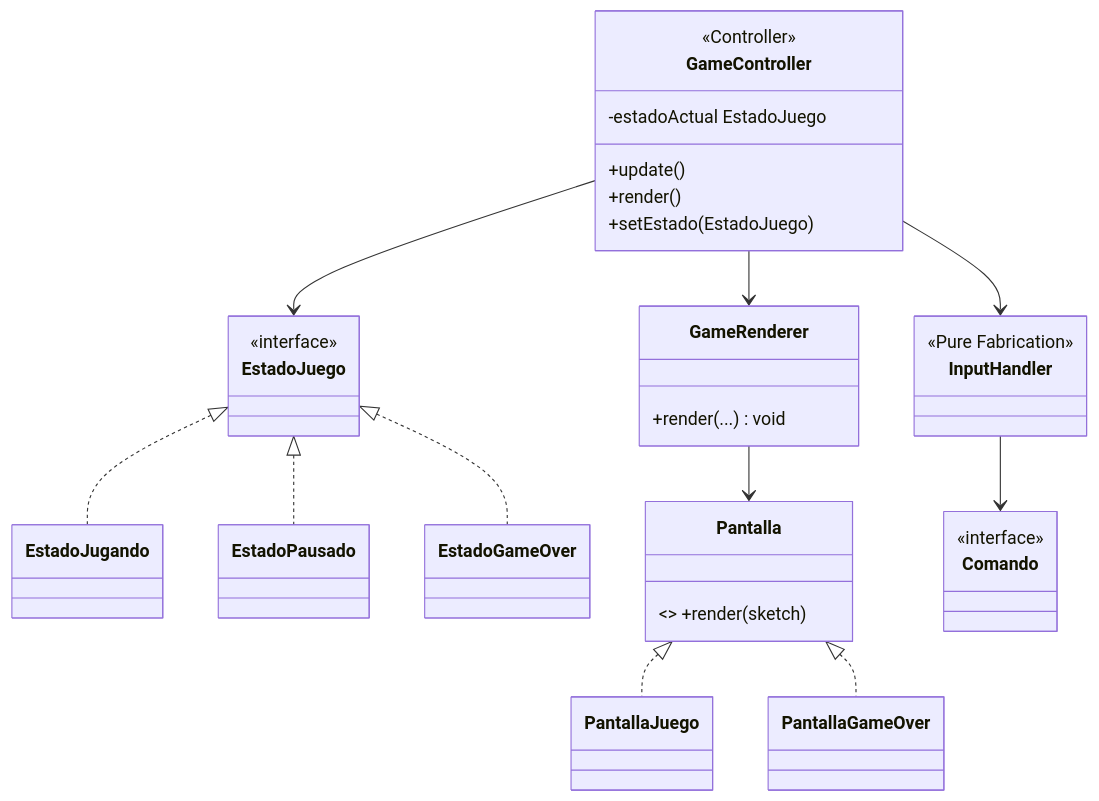
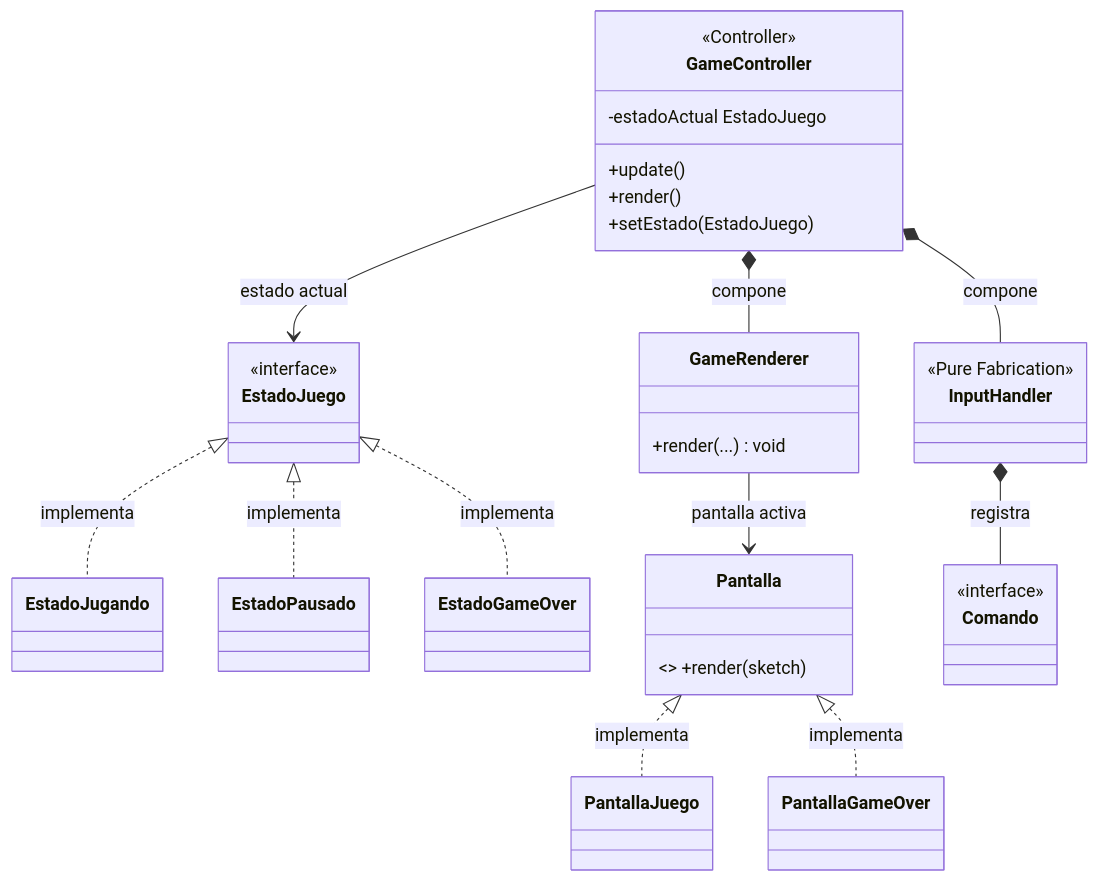
The third of 3 diagrams in docs/diseño/diagrama-clases.md (Christian-Rojas-Rodriguez/juego-1982), drawn with Mermaid before and after one commit. The commit also changed other lines of this file and 1 other file, not shown here.

Commit message:
fix: modificar diagramas de clase y casos de uso

````diff
--- a/docs/diseño/diagrama-clases.md
+++ b/docs/diseño/diagrama-clases.md
@@ -329,32 +383,32 @@
 ```mermaid
 classDiagram
     class GameController {
         <<Controller>>
         -estadoActual EstadoJuego
         +update()
         +render()
         +setEstado(EstadoJuego)
     }
     class EstadoJuego { <<interface>> }
     class EstadoJugando
     class EstadoPausado
     class EstadoGameOver
 
     class GameRenderer { +render(...) void }
     class Pantalla     { <<interface>> +render(sketch) }
     class PantallaJuego
     class PantallaGameOver
     class InputHandler { <<Pure Fabrication>> }
     class Comando      { <<interface>> }
 
-    GameController --> EstadoJuego
-    GameController --> GameRenderer
-    GameController --> InputHandler
-    EstadoJuego <|.. EstadoJugando
-    EstadoJuego <|.. EstadoPausado
-    EstadoJuego <|.. EstadoGameOver
-    GameRenderer --> Pantalla
-    Pantalla <|.. PantallaJuego
-    Pantalla <|.. PantallaGameOver
-    InputHandler --> Comando
+    GameController --> EstadoJuego : estado actual
+    GameController *-- GameRenderer : compone
+    GameController *-- InputHandler : compone
+    EstadoJuego <|.. EstadoJugando : implementa
+    EstadoJuego <|.. EstadoPausado : implementa
+    EstadoJuego <|.. EstadoGameOver : implementa
+    GameRenderer --> Pantalla : pantalla activa
+    Pantalla <|.. PantallaJuego : implementa
+    Pantalla <|.. PantallaGameOver : implementa
+    InputHandler *-- Comando : registra
 ```
````
